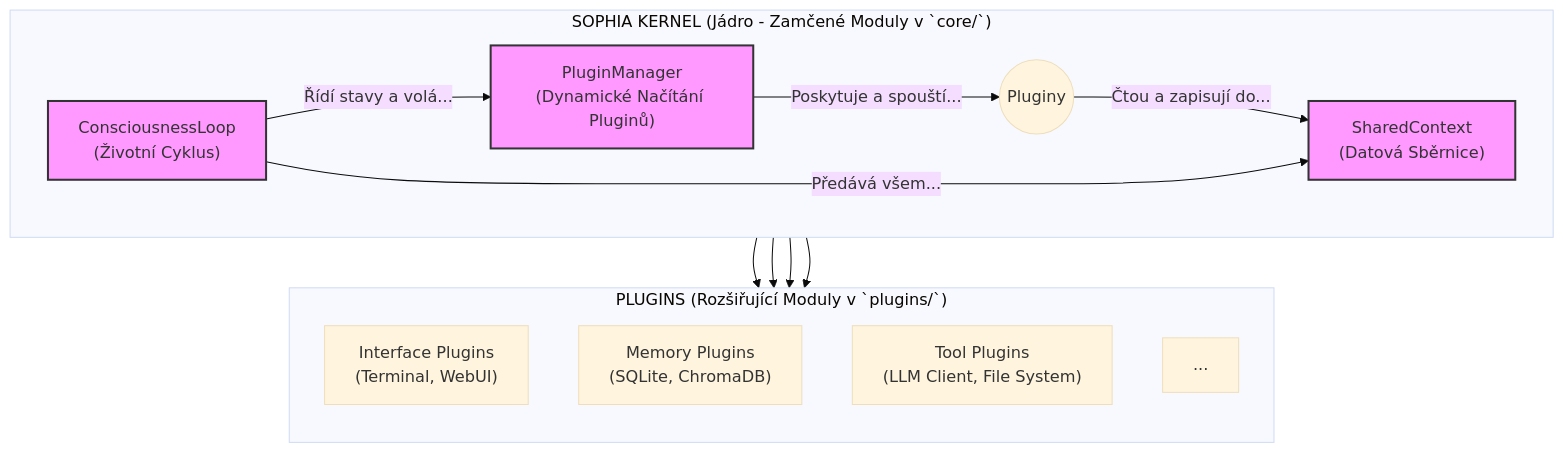
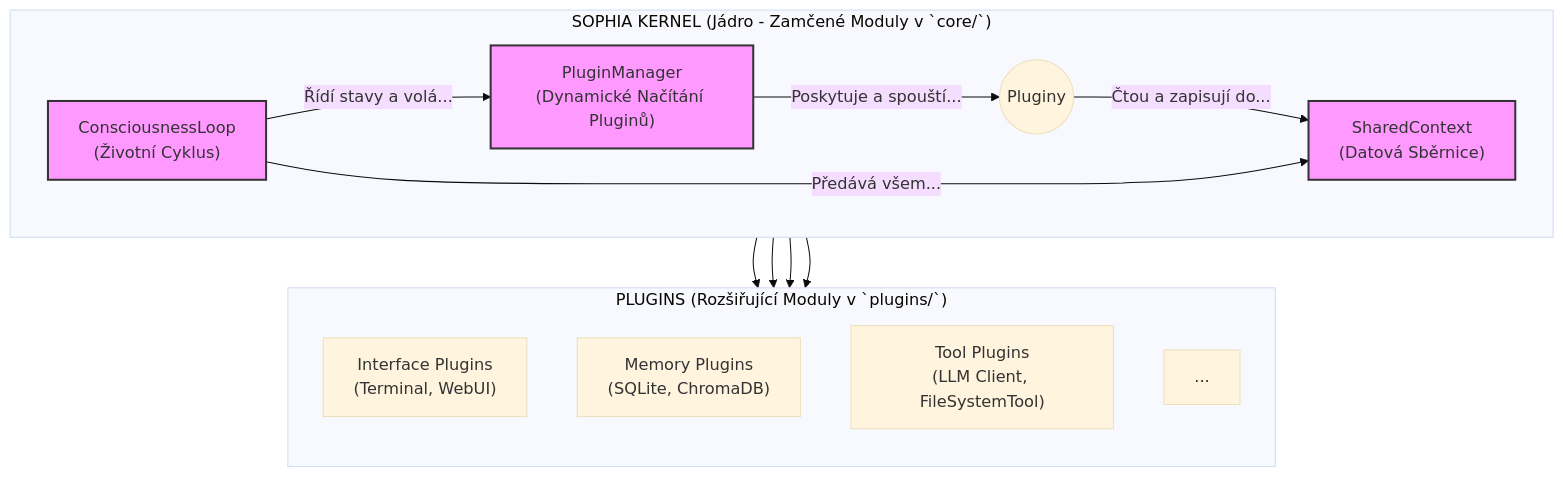
One commit to kajobert/sophia changed the diagram in docs/cs/03_TECHNICAL_ARCHITECTURE.md. Above: the diagram before and after it, drawn with Mermaid (base theme). The commit also changed 9 other files, not shown here.

First line of the commit message:
docs: Update documentation for File System Tool

````diff
--- a/docs/cs/03_TECHNICAL_ARCHITECTURE.md
+++ b/docs/cs/03_TECHNICAL_ARCHITECTURE.md
@@ -21,30 +21,30 @@
 ```mermaid
 graph TD
     subgraph "SOPHIA KERNEL (Jádro - Zamčené Moduly v `core/`)"
         direction LR
         A["ConsciousnessLoop\n(Životní Cyklus)"]
         B["PluginManager\n(Dynamické Načítání Pluginů)"]
         C["SharedContext\n(Datová Sběrnice)"]
         A -- "Řídí stavy a volá..." --> B
         B -- "Poskytuje a spouští..." --> P((Pluginy))
         P -- "Čtou a zapisují do..." --> C
         A -- "Předává všem..." --> C
     end
 
     subgraph "PLUGINS (Rozšiřující Moduly v `plugins/`)"
         direction TB
         P1["Interface Plugins\n(Terminal, WebUI)"]
         P2["Memory Plugins\n(SQLite, ChromaDB)"]
-        P3["Tool Plugins\n(LLM Client, File System)"]
+        P3["Tool Plugins\n(LLM Client, FileSystemTool)"]
         P4[...]
     end
 
     P --> P1
     P --> P2
     P --> P3
     P --> P4
 
     style A fill:#f9f,stroke:#333,stroke-width:2px
     style B fill:#f9f,stroke:#333,stroke-width:2px
     style C fill:#f9f,stroke:#333,stroke-width:2px
 ```
````
